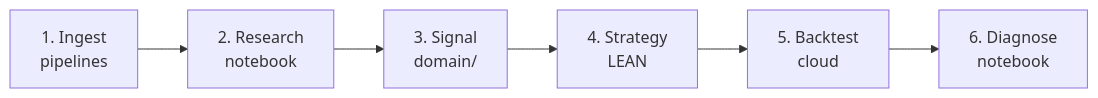
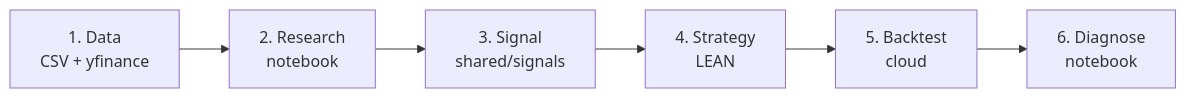
One commit to Starkl7/Q-agent changed the diagram in docs/golden-path.md. Above: the diagram before and after it, drawn with Mermaid. The commit also changed other lines of this file and 7 other files, not shown here.

````diff
--- a/docs/golden-path.md
+++ b/docs/golden-path.md
@@ -7,8 +7,8 @@
 ```mermaid
 graph LR
-    A[1. Ingest<br/>pipelines] --> B[2. Research<br/>notebook]
-    B --> C[3. Signal<br/>domain/]
+    A[1. Data<br/>CSV + yfinance] --> B[2. Research<br/>notebook]
+    B --> C[3. Signal<br/>shared/signals]
     C --> D[4. Strategy<br/>LEAN]
     D --> E[5. Backtest<br/>cloud]
     E --> F[6. Diagnose<br/>notebook]
 ```
````
